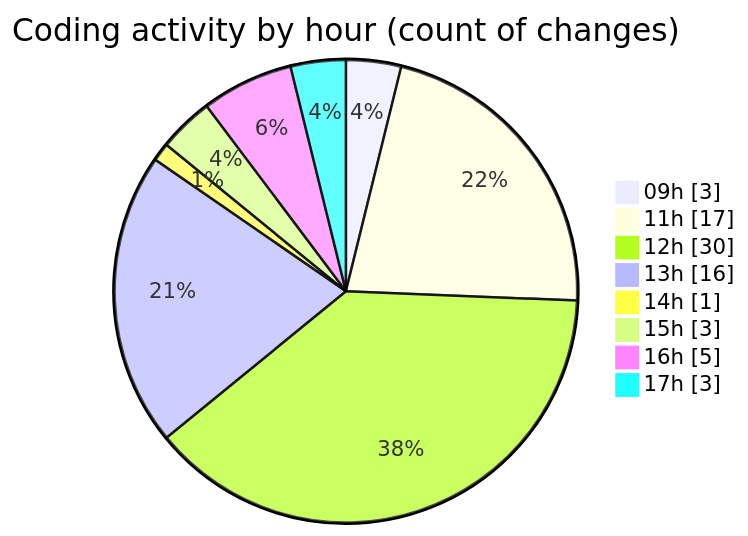
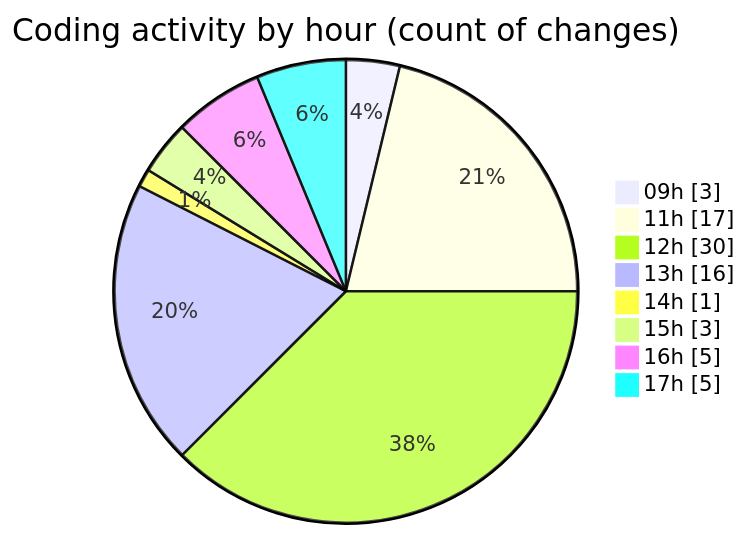
One commit to julien-gomy/code-tracking changed the second of 2 diagrams in 2025-10-15/eventscop-api-guide__workspace_/README.md. Above: the diagram before and after it, drawn with Mermaid. The commit also changed other lines of this file and 1 other file, not shown here.

````diff
--- a/2025-10-15/eventscop-api-guide__workspace_/README.md
+++ b/2025-10-15/eventscop-api-guide__workspace_/README.md
@@ -41,12 +41,12 @@
 ```mermaid
 pie showData
 title Coding activity by hour (count of changes)
 "09h" : 3
 "11h" : 17
 "12h" : 30
 "13h" : 16
 "14h" : 1
 "15h" : 3
 "16h" : 5
-"17h" : 3
+"17h" : 5
 ```
````
